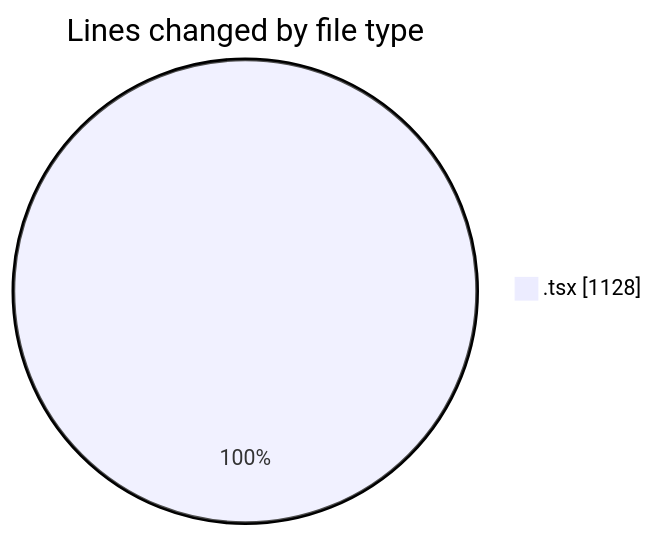
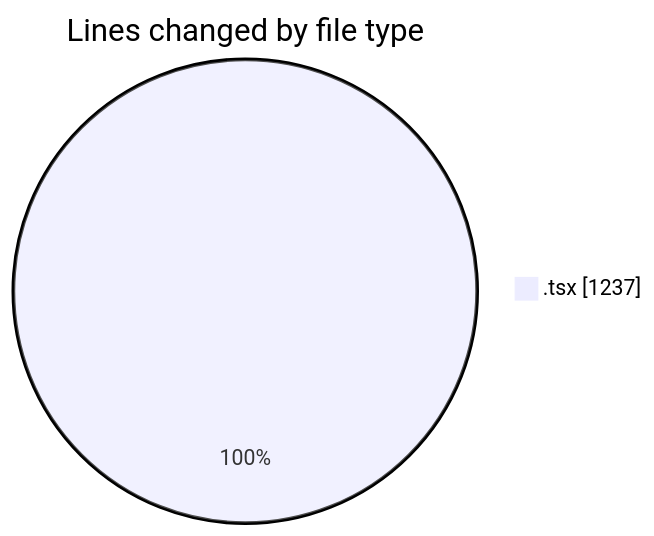
The first of 2 diagrams in 2025-05-29/kimberly-groups/README.md (JenPaints/code-tracking), drawn with Mermaid before and after one commit. The commit also changed other lines of this file and 1 other file, not shown here.

````diff
--- a/2025-05-29/kimberly-groups/README.md
+++ b/2025-05-29/kimberly-groups/README.md
@@ -22,5 +22,5 @@
 ```mermaid
 pie showData
 title Lines changed by file type
-".tsx" : 1128
+".tsx" : 1237
 ```
````
